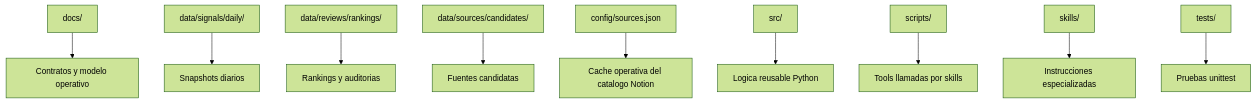
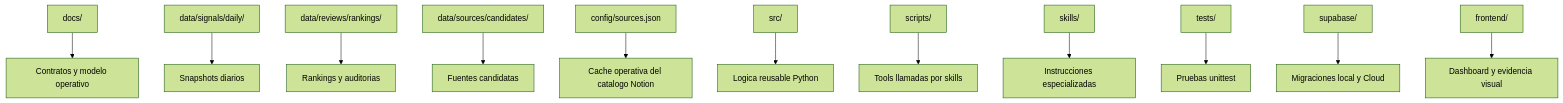
Before and after one commit to PedroHincapie/codex-: the seventh of 9 diagrams in docs/ai-radar-operating-model.md, drawn with Mermaid (forest theme). The commit also changed other lines of this file and 11 other files, not shown here.

````diff
--- a/docs/ai-radar-operating-model.md
+++ b/docs/ai-radar-operating-model.md
@@ -204,12 +215,14 @@
 ```mermaid
 flowchart TD
   A[docs/] --> A1[Contratos y modelo operativo]
   B[data/signals/daily/] --> B1[Snapshots diarios]
   C[data/reviews/rankings/] --> C1[Rankings y auditorias]
   G[data/sources/candidates/] --> G1[Fuentes candidatas]
   J[config/sources.json] --> J1[Cache operativa del catalogo Notion]
   D[src/] --> D1[Logica reusable Python]
   E[scripts/] --> E1[Tools llamadas por skills]
   H[skills/] --> H1[Instrucciones especializadas]
   I[tests/] --> I1[Pruebas unittest]
+  K[supabase/] --> K1[Migraciones local y Cloud]
+  L[frontend/] --> L1[Dashboard y evidencia visual]
 ```
````
